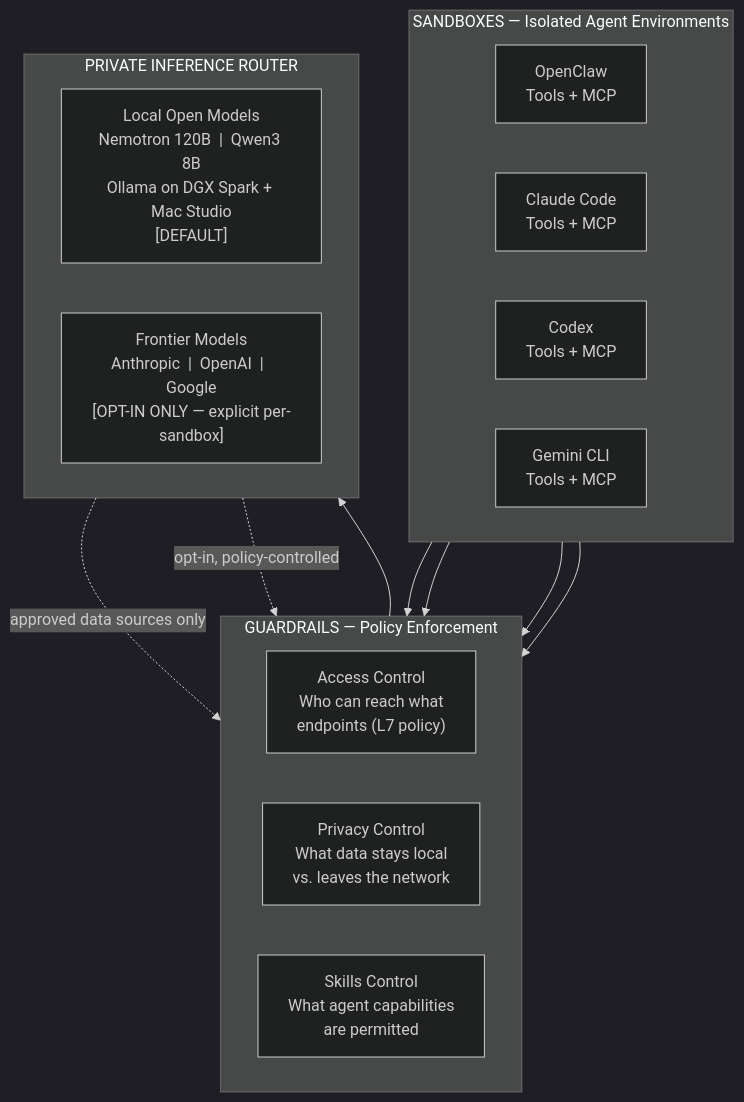
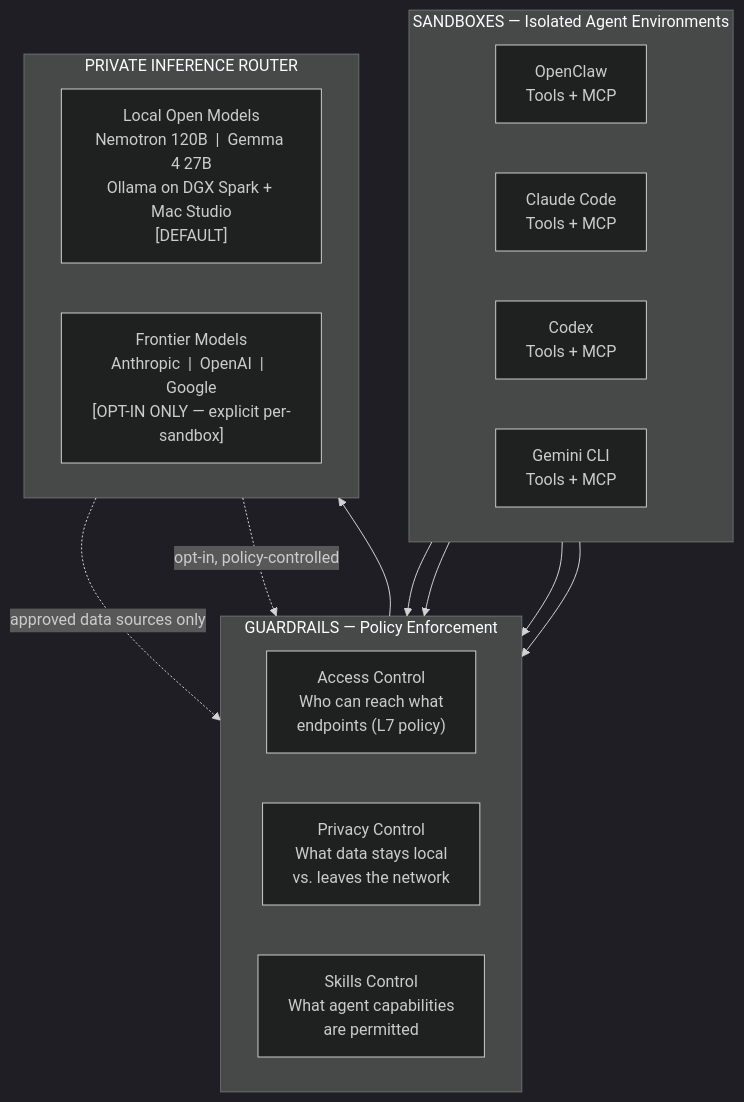
One commit to macayaven/nemoclaw changed the first of 2 diagrams in README.md. Above: the diagram before and after it, drawn with Mermaid (dark theme). The commit also changed other lines of this file and 18 other files, not shown here.

First line of the commit message:
Consolidate docs for two-node topology: Nemotron + Gemma 4

````diff
--- a/README.md
+++ b/README.md
@@ -19,31 +21,31 @@
 ```mermaid
 graph TB
     subgraph SANDBOXES["SANDBOXES — Isolated Agent Environments"]
         direction LR
         OC["OpenClaw\nTools + MCP"]
         CC["Claude Code\nTools + MCP"]
         CX["Codex\nTools + MCP"]
         GC["Gemini CLI\nTools + MCP"]
     end
 
     subgraph GUARDRAILS["GUARDRAILS — Policy Enforcement"]
         direction LR
         AC["Access Control\nWho can reach what\nendpoints (L7 policy)"]
         PC["Privacy Control\nWhat data stays local\nvs. leaves the network"]
         SK["Skills Control\nWhat agent capabilities\nare permitted"]
     end
 
     subgraph ROUTER["PRIVATE INFERENCE ROUTER"]
         direction LR
-        LOCAL["Local Open Models\nNemotron 120B  |  Qwen3 8B\nOllama on DGX Spark + Mac Studio\n[DEFAULT]"]
+        LOCAL["Local Open Models\nNemotron 120B  |  Gemma 4 27B\nOllama on DGX Spark + Mac Studio\n[DEFAULT]"]
         CLOUD["Frontier Models\nAnthropic  |  OpenAI  |  Google\n[OPT-IN ONLY — explicit per-sandbox]"]
     end
 
     OC --> GUARDRAILS
     CC --> GUARDRAILS
     CX --> GUARDRAILS
     GC --> GUARDRAILS
     GUARDRAILS --> ROUTER
     LOCAL -. "approved data sources only" .-> GUARDRAILS
     CLOUD -. "opt-in, policy-controlled" .-> GUARDRAILS
 ```
````
